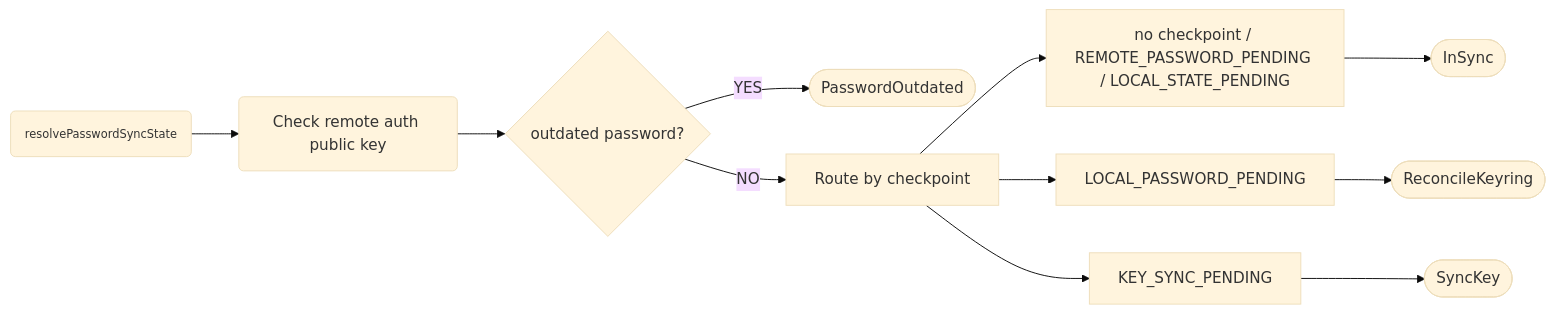
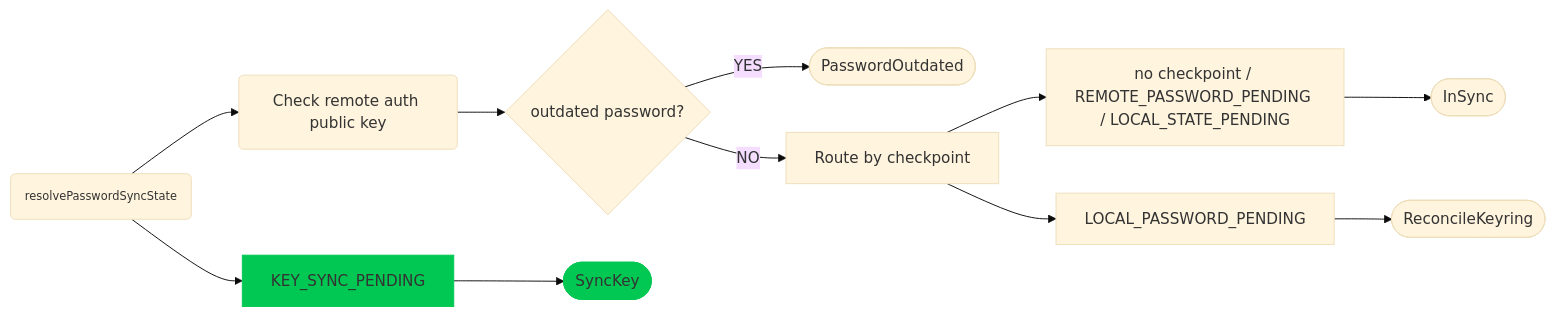
The first of 7 diagrams in packages/seedless-onboarding-controller/docs/0002-seedless-password-sync-flow.md (MetaMask/core), drawn with Mermaid (base theme) before and after one commit. The commit also changed other lines of this file and 4 other files, not shown here.

Commit message:
feat: handle KEY_SYNC_PENDING edge case

````diff
--- a/packages/seedless-onboarding-controller/docs/0002-seedless-password-sync-flow.md
+++ b/packages/seedless-onboarding-controller/docs/0002-seedless-password-sync-flow.md
@@ -82,22 +82,22 @@
 ```mermaid
 flowchart LR
-    n1["resolvePasswordSyncState"] --> n2["Check remote auth public key"]
+    n1["resolvePasswordSyncState"] --> n2["Check remote auth public key"] & n8["KEY_SYNC_PENDING"]
     n2 --> n3["outdated password?"]
     n3 -- YES --> n4(["PasswordOutdated"])
     n3 -- NO --> n5["Route by checkpoint"]
-    n5 --> n6["no checkpoint / REMOTE_PASSWORD_PENDING / LOCAL_STATE_PENDING"]
-    n5 --> n7["LOCAL_PASSWORD_PENDING"]
-    n5 --> n8["KEY_SYNC_PENDING"]
+    n5 --> n6["no checkpoint / REMOTE_PASSWORD_PENDING / LOCAL_STATE_PENDING"] & n7["LOCAL_PASSWORD_PENDING"]
     n6 --> n9(["InSync"])
     n7 --> n10(["ReconcileKeyring"])
     n8 --> n11(["SyncKey"])
 
     n1@{ shape: rounded}
     n2@{ shape: rounded}
+    n8@{ shape: rect}
     n3@{ shape: diam}
     n5@{ shape: rect}
     n6@{ shape: rect}
     n7@{ shape: rect}
-    n8@{ shape: rect}
     style n1 font-size:12px
+    style n8 stroke:#00C853,fill:#00C853
+    style n11 stroke:#00C853,fill:#00C853
 ```
````
